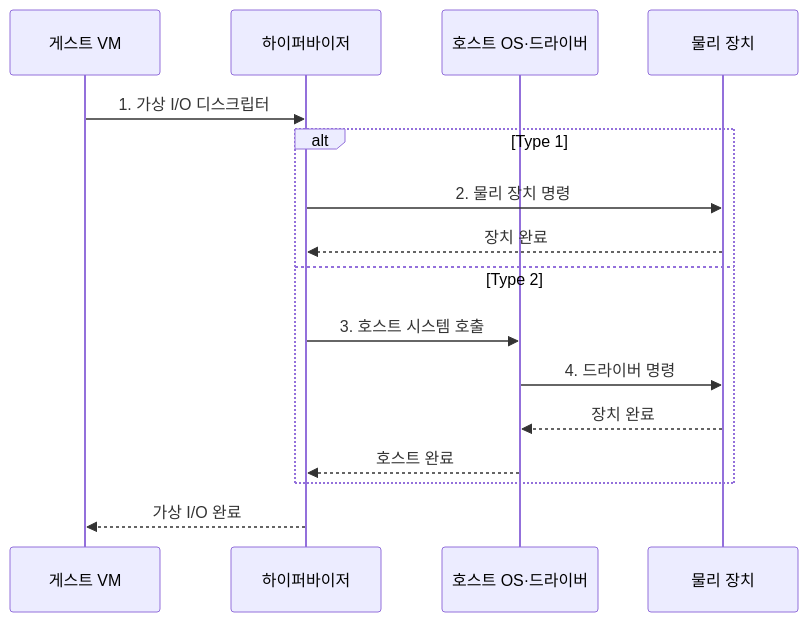
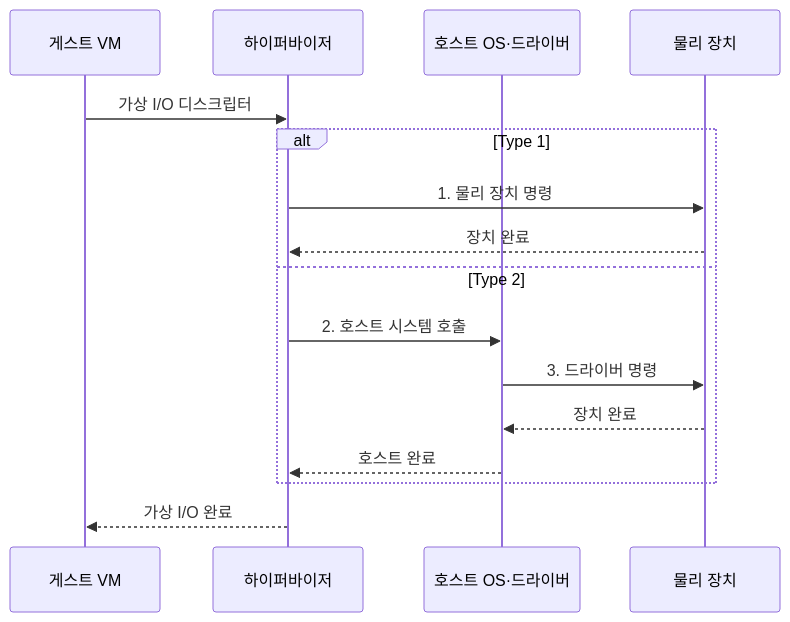
One commit to agnusdei1207/knowledge-base changed the second of 2 diagrams in src/content/docs/notes/02-hardware/087_hypervisor_types.md. Above: the diagram before and after it, drawn with Mermaid. The commit also changed other lines of this file and 12 other files, not shown here.

````diff
--- a/src/content/docs/notes/02-hardware/087_hypervisor_types.md
+++ b/src/content/docs/notes/02-hardware/087_hypervisor_types.md
@@ -85,18 +85,18 @@
 ```mermaid
 sequenceDiagram
     participant G as 게스트 VM
     participant V as 하이퍼바이저
     participant O as 호스트 OS·드라이버
     participant D as 물리 장치
-    G->>V: 1. 가상 I/O 디스크립터
+    G->>V: 가상 I/O 디스크립터
     alt Type 1
-        V->>D: 2. 물리 장치 명령
+        V->>D: 1. 물리 장치 명령
         D-->>V: 장치 완료
     else Type 2
-        V->>O: 3. 호스트 시스템 호출
-        O->>D: 4. 드라이버 명령
+        V->>O: 2. 호스트 시스템 호출
+        O->>D: 3. 드라이버 명령
         D-->>O: 장치 완료
         O-->>V: 호스트 완료
     end
     V-->>G: 가상 I/O 완료
 ```
````
